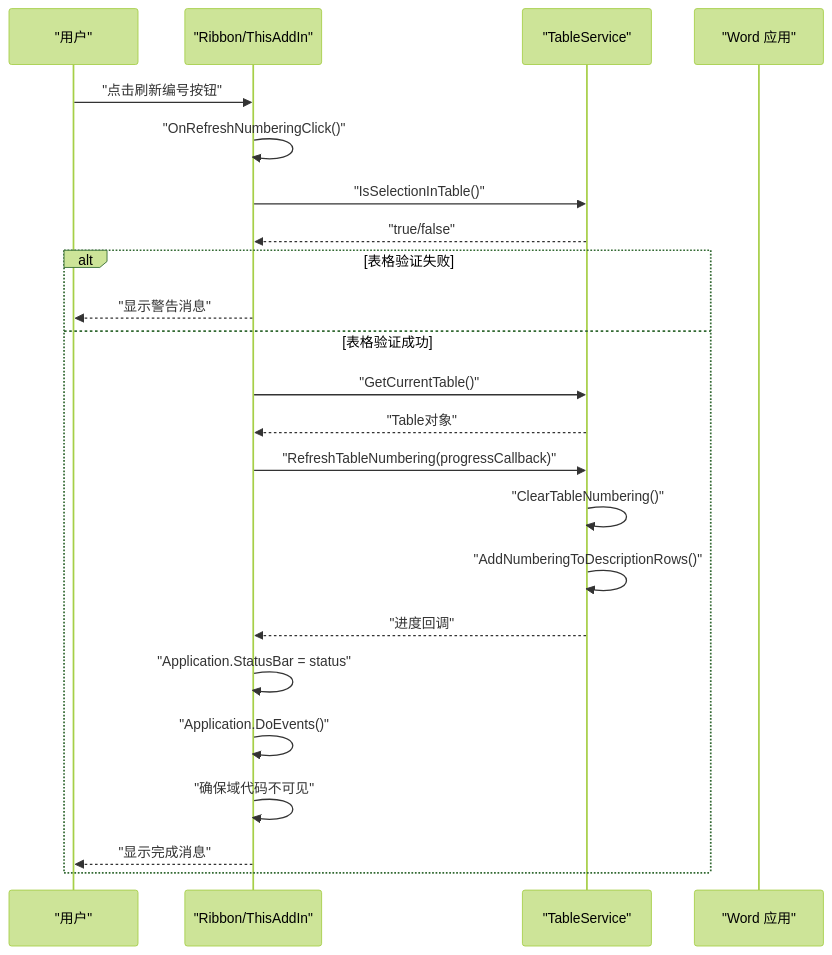
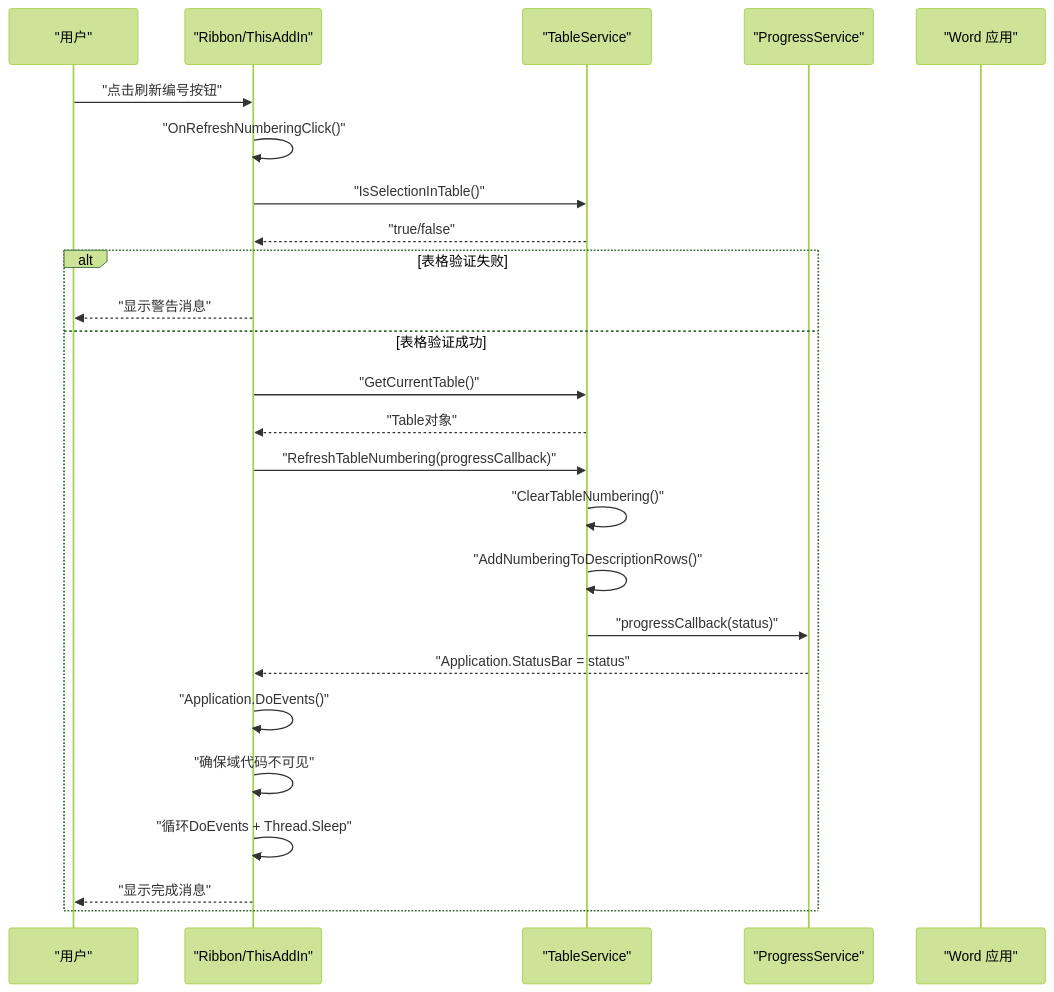
Before and after one commit to rainiva/WordTools: the tenth of 13 diagrams in .qoder/repowiki/zh/content/架构设计/Ribbon界面系统.md, drawn with Mermaid (forest theme). The commit also changed other lines of this file and 5 other files, not shown here.

````diff
--- a/.qoder/repowiki/zh/content/架构设计/Ribbon界面系统.md
+++ b/.qoder/repowiki/zh/content/架构设计/Ribbon界面系统.md
@@ -422,25 +439,27 @@
 ```mermaid
 sequenceDiagram
 participant User as "用户"
 participant Ribbon as "Ribbon/ThisAddIn"
 participant TableService as "TableService"
+participant ProgressService as "ProgressService"
 participant Word as "Word 应用"
 User->>Ribbon : "点击刷新编号按钮"
 Ribbon->>Ribbon : "OnRefreshNumberingClick()"
 Ribbon->>TableService : "IsSelectionInTable()"
 TableService-->>Ribbon : "true/false"
 alt 表格验证失败
 Ribbon-->>User : "显示警告消息"
 else 表格验证成功
 Ribbon->>TableService : "GetCurrentTable()"
 TableService-->>Ribbon : "Table对象"
 Ribbon->>TableService : "RefreshTableNumbering(progressCallback)"
 TableService->>TableService : "ClearTableNumbering()"
 TableService->>TableService : "AddNumberingToDescriptionRows()"
-TableService-->>Ribbon : "进度回调"
-Ribbon->>Ribbon : "Application.StatusBar = status"
+TableService->>ProgressService : "progressCallback(status)"
+ProgressService-->>Ribbon : "Application.StatusBar = status"
 Ribbon->>Ribbon : "Application.DoEvents()"
 Ribbon->>Ribbon : "确保域代码不可见"
+Ribbon->>Ribbon : "循环DoEvents + Thread.Sleep"
 Ribbon-->>User : "显示完成消息"
 end
 ```
````
